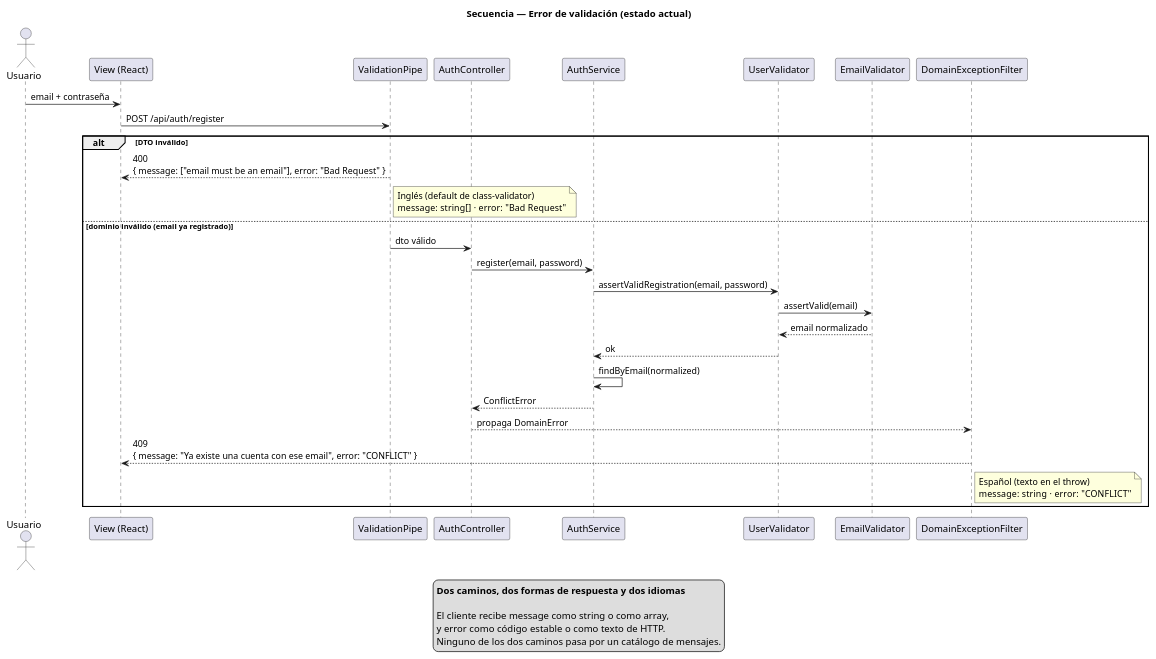
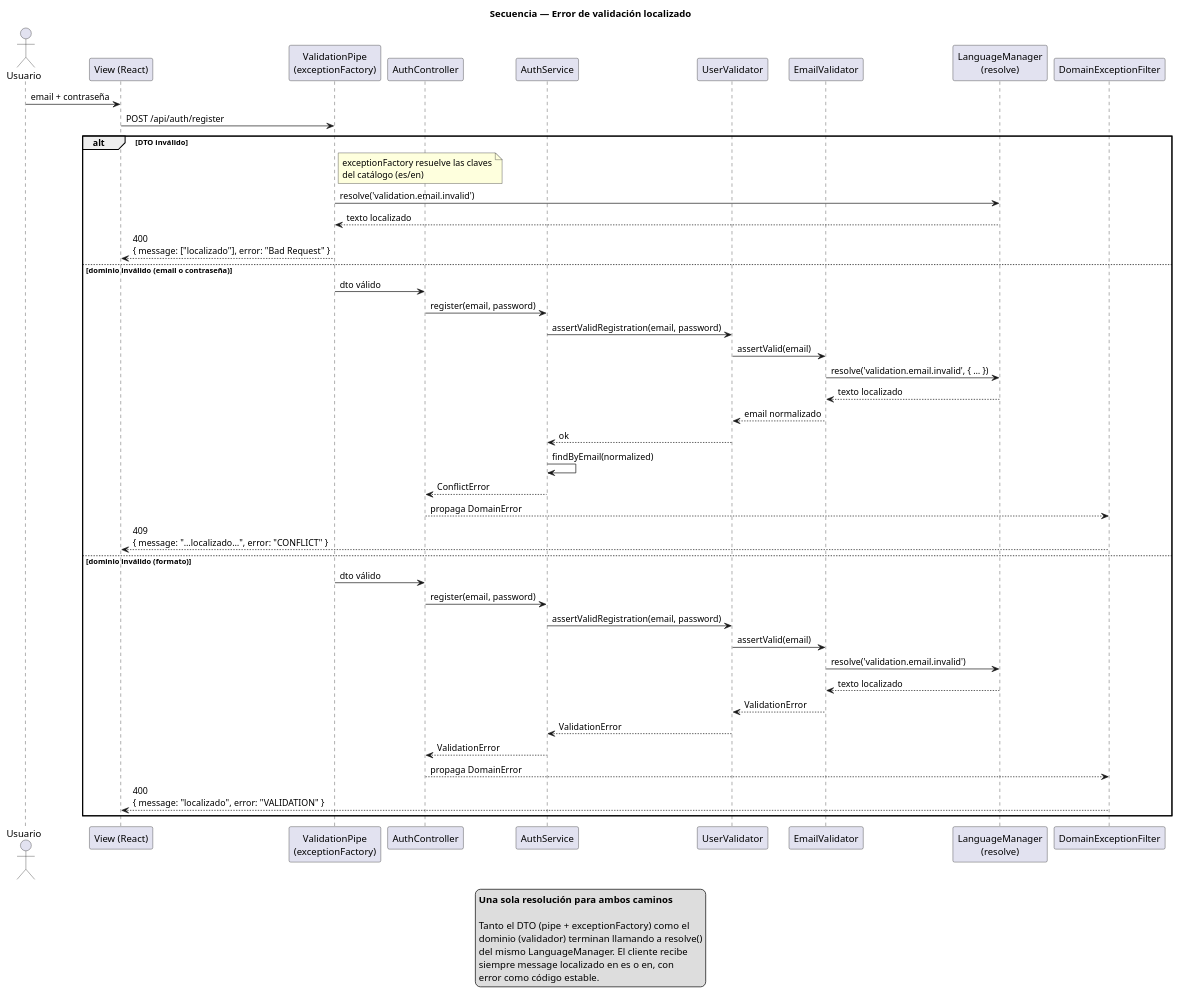
One commit to estebanmatias92/tecnicatura-practicas-profesionalizantes-ii changed the diagram in 2026-10-13-laboratorio-validator-module/docs/diagrams/seq-validation-error.puml. Above: the diagram before and after it, drawn with PlantUML. The commit also changed 12 other files, not shown here.

```diff
--- a/2026-10-13-laboratorio-validator-module/docs/diagrams/seq-validation-error.puml
+++ b/2026-10-13-laboratorio-validator-module/docs/diagrams/seq-validation-error.puml
@@ -1,50 +1,66 @@
 @startuml
-title Secuencia — Error de validación (estado actual)
+title Secuencia — Error de validación localizado
 
 skinparam shadowing false
 
 actor Usuario
 participant "View (React)" as View
-participant "ValidationPipe" as Pipe
+participant "ValidationPipe\n(exceptionFactory)" as Pipe
 participant "AuthController" as Ctrl
 participant "AuthService" as Auth
 participant "UserValidator" as UVal
 participant "EmailValidator" as EVal
+participant "LanguageManager\n(resolve)" as LM
 participant "DomainExceptionFilter" as Filter
 
 Usuario -> View : email + contraseña
 View -> Pipe : POST /api/auth/register
 
 alt DTO inválido
-  Pipe --> View : 400\n{ message: ["email must be an email"], error: "Bad Request" }
   note right of Pipe
-    Inglés (default de class-validator)
-    message: string[]  ·  error: "Bad Request"
+    exceptionFactory resuelve las claves
+    del catálogo (es/en)
   end note
+  Pipe -> LM : resolve('validation.email.invalid')
+  LM --> Pipe : texto localizado
+  Pipe --> View : 400\n{ message: ["localizado"], error: "Bad Request" }
 
-else dominio inválido (email ya registrado)
+else dominio inválido (email o contraseña)
   Pipe -> Ctrl : dto válido
   Ctrl -> Auth : register(email, password)
   Auth -> UVal : assertValidRegistration(email, password)
   UVal -> EVal : assertValid(email)
+  EVal -> LM : resolve('validation.email.invalid', { … })
+  LM --> EVal : texto localizado
   EVal --> UVal : email normalizado
   UVal --> Auth : ok
   Auth -> Auth : findByEmail(normalized)
   Auth --> Ctrl : ConflictError
   Ctrl --> Filter : propaga DomainError
-  Filter --> View : 409\n{ message: "Ya existe una cuenta con ese email", error: "CONFLICT" }
-  note right of Filter
-    Español (texto en el throw)
-    message: string  ·  error: "CONFLICT"
-  end note
+  Filter --> View : 409\n{ message: "…localizado…", error: "CONFLICT" }
+
+else dominio inválido (formato)
+  Pipe -> Ctrl : dto válido
+  Ctrl -> Auth : register(email, password)
+  Auth -> UVal : assertValidRegistration(email, password)
+  UVal -> EVal : assertValid(email)
+  EVal -> LM : resolve('validation.email.invalid')
+  LM --> EVal : texto localizado
+  EVal --> UVal : ValidationError
+  UVal --> Auth : ValidationError
+  Auth --> Ctrl : ValidationError
+  Ctrl --> Filter : propaga DomainError
+  Filter --> View : 400\n{ message: "localizado", error: "VALIDATION" }
 end
 
 legend bottom
-  **Dos caminos, dos formas de respuesta y dos idiomas**
+  **Una sola resolución para ambos caminos**
 
-  El cliente recibe message como string o como array,
-  y error como código estable o como texto de HTTP.
-  Ninguno de los dos caminos pasa por un catálogo de mensajes.
+  Tanto el DTO (pipe + exceptionFactory) como el
+  dominio (validador) terminan llamando a resolve()
+  del mismo LanguageManager. El cliente recibe
+  siempre message localizado en es o en, con
+  error como código estable.
 endlegend
 
 @enduml
```
